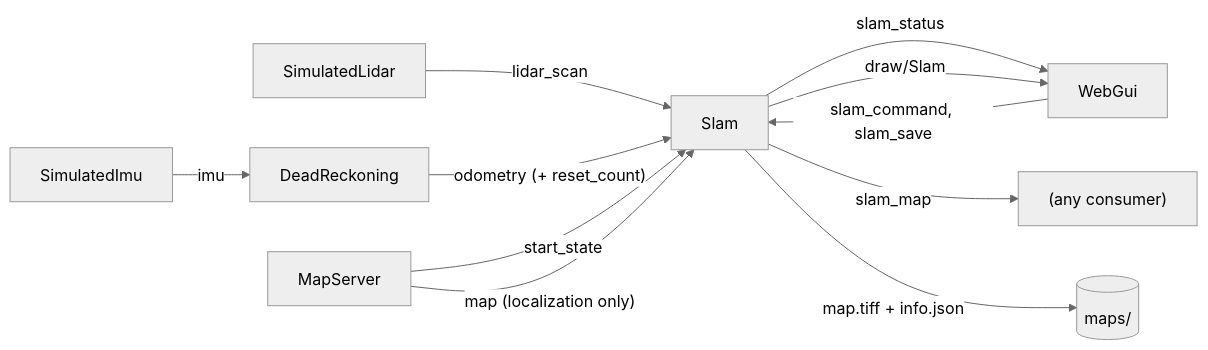
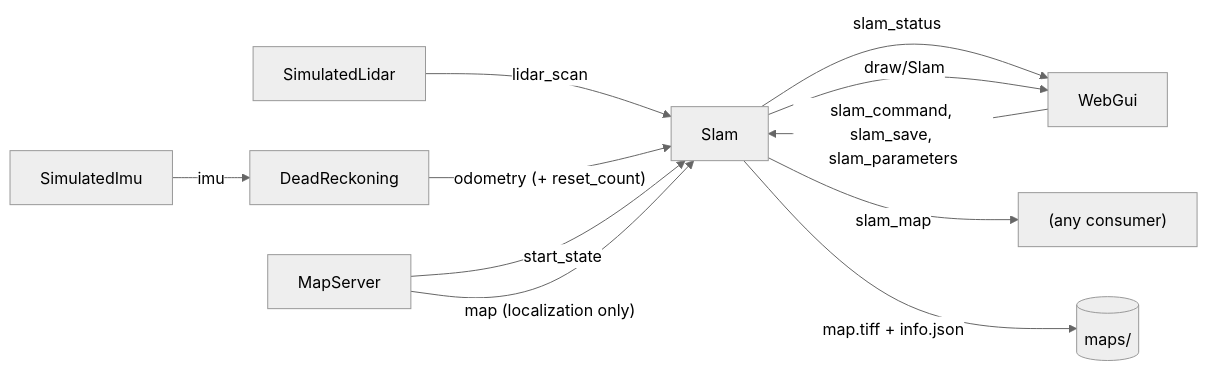
The diagram in documentation/slam.md (Noce99/AuRoRus), drawn with Mermaid (neutral theme) before and after one commit. The commit also changed other lines of this file and 13 other files, not shown here.

Commit message:
Added live parameters change in the SLAM

````diff
--- a/documentation/slam.md
+++ b/documentation/slam.md
@@ -25,13 +25,13 @@
 ```mermaid
 flowchart LR
     L["SimulatedLidar"] -- "lidar_scan" --> S["Slam"]
     I["SimulatedImu"] -- "imu" --> D["DeadReckoning"]
     D -- "odometry (+ reset_count)" --> S
-    W["WebGui"] -- "slam_command, slam_save" --> S
+    W["WebGui"] -- "slam_command, slam_save, slam_parameters" --> S
     S -- "slam_status" --> W
     S -- "slam_map" --> X["(any consumer)"]
     S -- "draw/Slam" --> W
     M["MapServer"] -- "start_state" --> S
     M -- "map (localization only)" --> S
     S -- "map.tiff + info.json" --> F[("maps/")]
 ```
````
